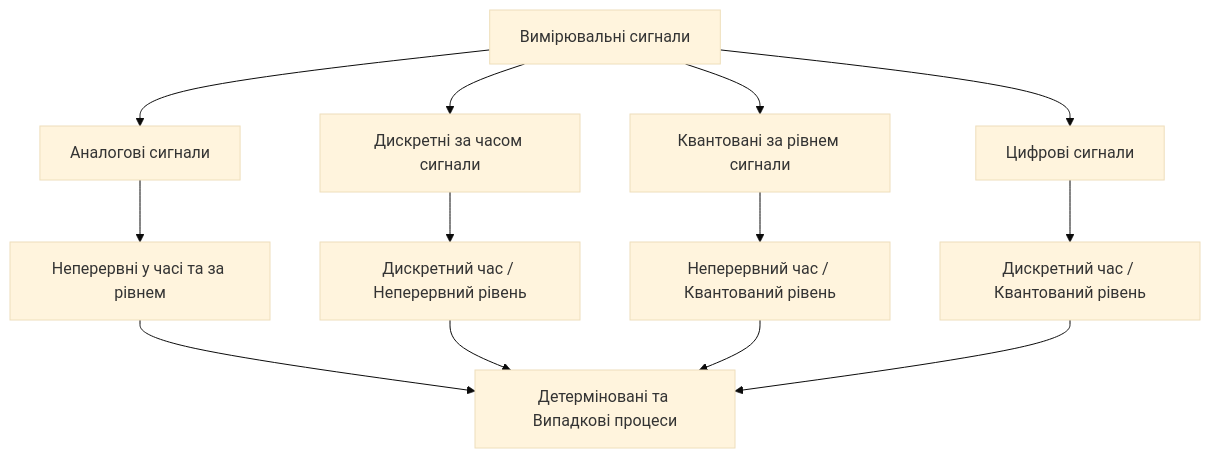
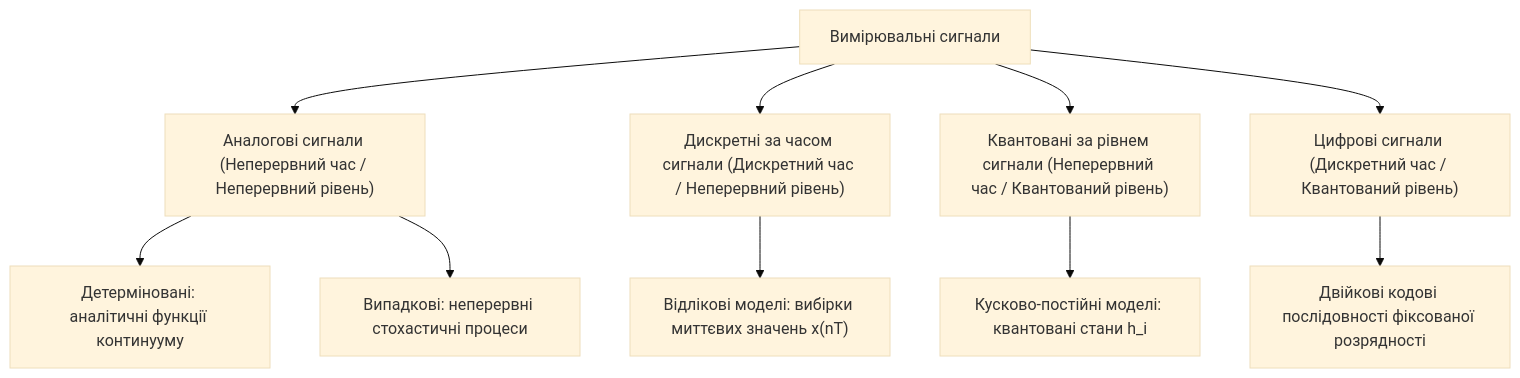
One commit to KyryloVadurin/signal-image-processing changed the first of 6 diagrams in docs/lk/lk1.md. Above: the diagram before and after it, drawn with Mermaid (base theme). The commit also changed other lines of this file, not shown here.

````diff
--- a/docs/lk/lk1.md
+++ b/docs/lk/lk1.md
@@ -13,17 +64,16 @@
 ```mermaid
 flowchart TD
-    A[Вимірювальні сигнали] --> B[Аналогові сигнали]
-    A --> C[Дискретні за часом сигнали]
-    A --> D[Квантовані за рівнем сигнали]
-    A --> E[Цифрові сигнали]
+    A["Вимірювальні сигнали"] --> B["Аналогові сигнали (Неперервний час / Неперервний рівень)"]
+    A --> C["Дискретні за часом сигнали (Дискретний час / Неперервний рівень)"]
+    A --> D["Квантовані за рівнем сигнали (Неперервний час / Квантований рівень)"]
+    A --> E["Цифрові сигнали (Дискретний час / Квантований рівень)"]
+
+    B --> B1["Детерміновані: аналітичні функції континууму"]
+    B --> B2["Випадкові: неперервні стохастичні процеси"]
+
+    C --> C1["Відлікові моделі: вибірки миттєвих значень x(nT)"]
     
-    B --> B1[Неперервні у часі та за рівнем]
-    C --> C1[Дискретний час / Неперервний рівень]
-    D --> D1[Неперервний час / Квантований рівень]
-    E --> E1[Дискретний час / Квантований рівень]
+    D --> D1["Кусково-постійні моделі: квантовані стани h_i"]
     
-    B1 --> F[Детерміновані та Випадкові процеси]
-    C1 --> F
-    D1 --> F
-    E1 --> F
+    E --> E1["Двійкові кодові послідовності фіксованої розрядності"]
 ```
````
